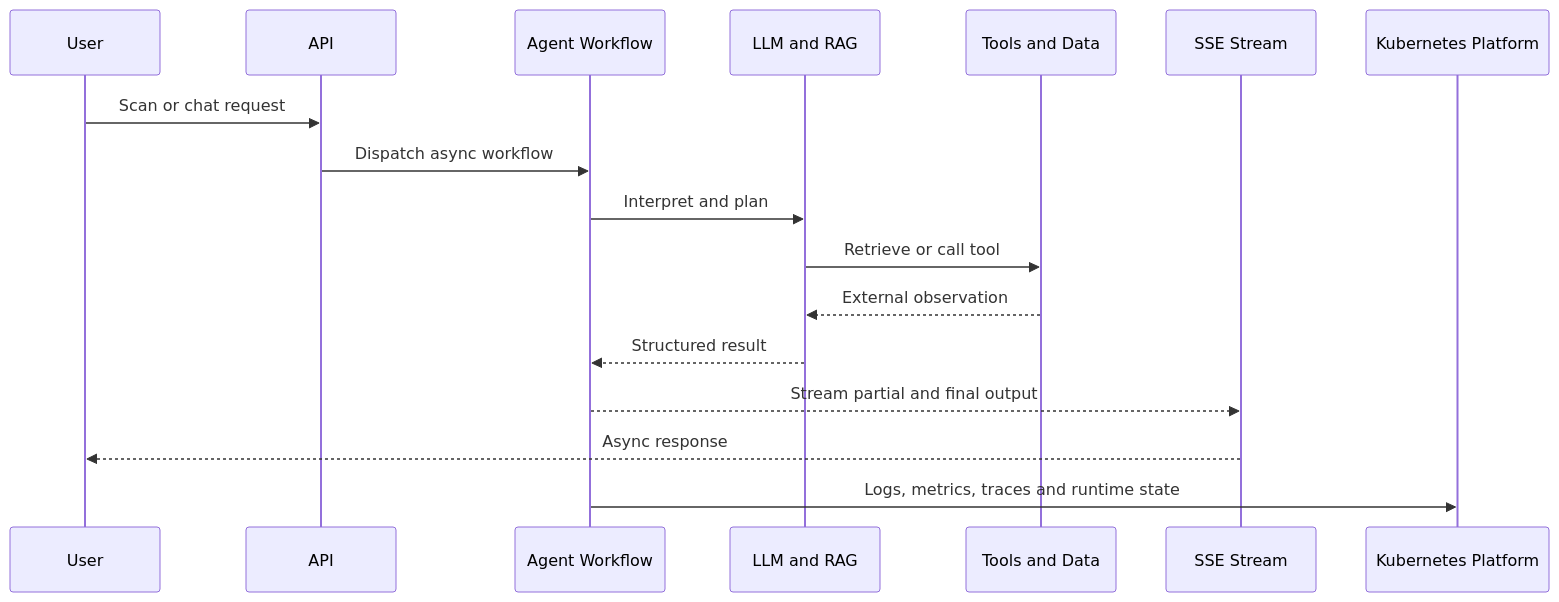
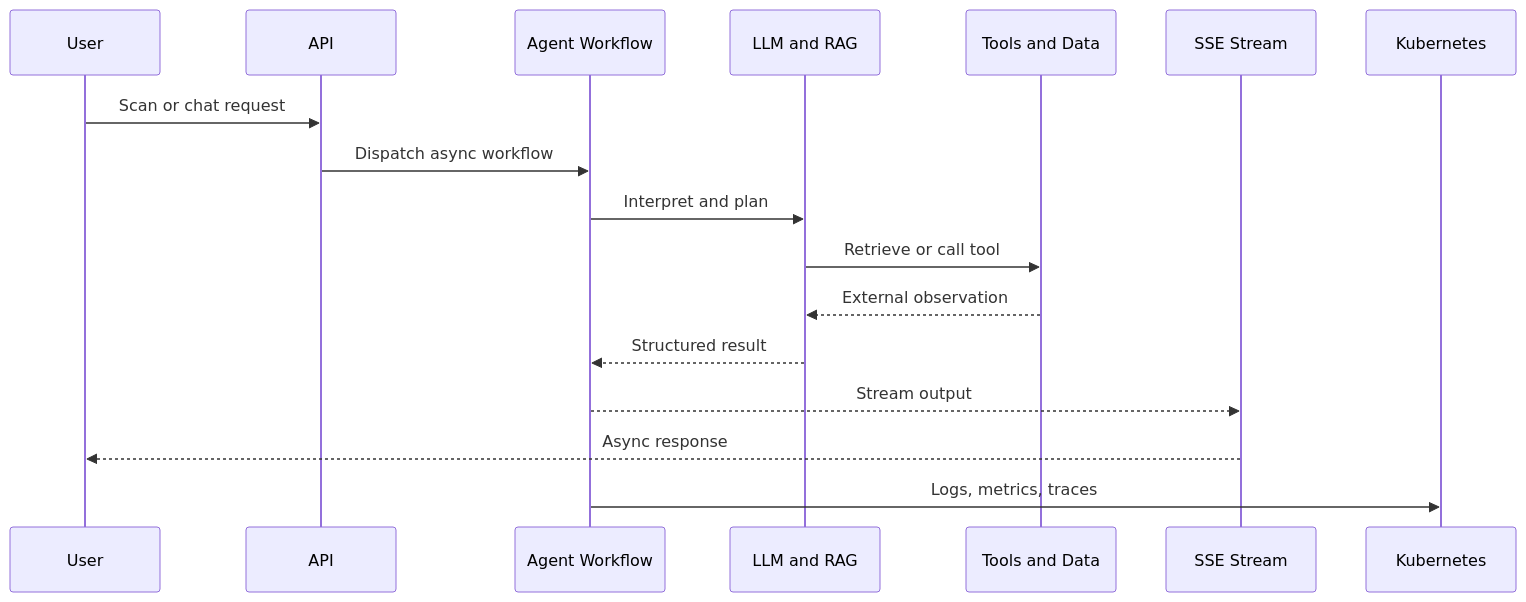
Before and after one commit to mangowhoiscloud/mangowhoiscloud: the third of 5 diagrams in README_EN.md, drawn with Mermaid. The commit also changed other lines of this file, not shown here.

Commit message:
docs(profile): compact English architecture narrative

````diff
--- a/README_EN.md
+++ b/README_EN.md
@@ -93,20 +84,19 @@
 ```mermaid
 sequenceDiagram
     participant U as User
     participant A as API
     participant W as Agent Workflow
     participant L as LLM and RAG
     participant T as Tools and Data
     participant S as SSE Stream
-    participant K as Kubernetes Platform
-
+    participant K as Kubernetes
     U->>A: Scan or chat request
     A->>W: Dispatch async workflow
     W->>L: Interpret and plan
     L->>T: Retrieve or call tool
     T-->>L: External observation
     L-->>W: Structured result
-    W-->>S: Stream partial and final output
+    W-->>S: Stream output
     S-->>U: Async response
-    W->>K: Logs, metrics, traces and runtime state
+    W->>K: Logs, metrics, traces
 ```
````
